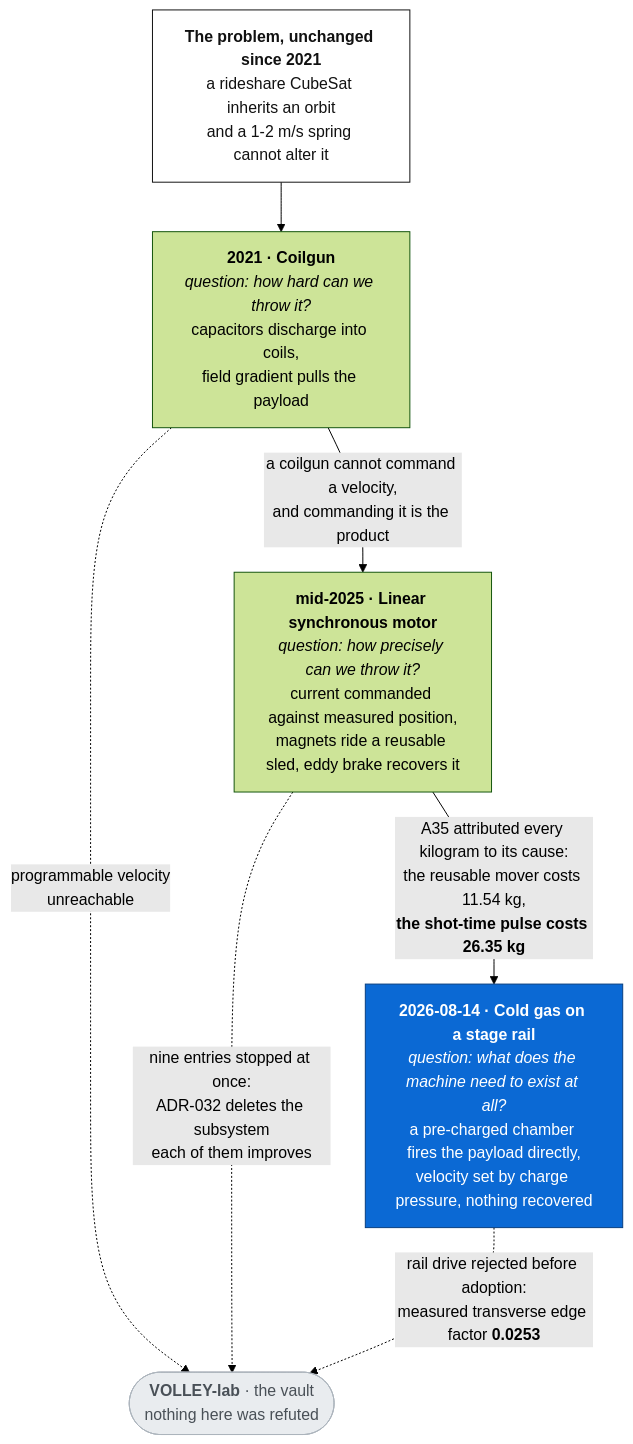
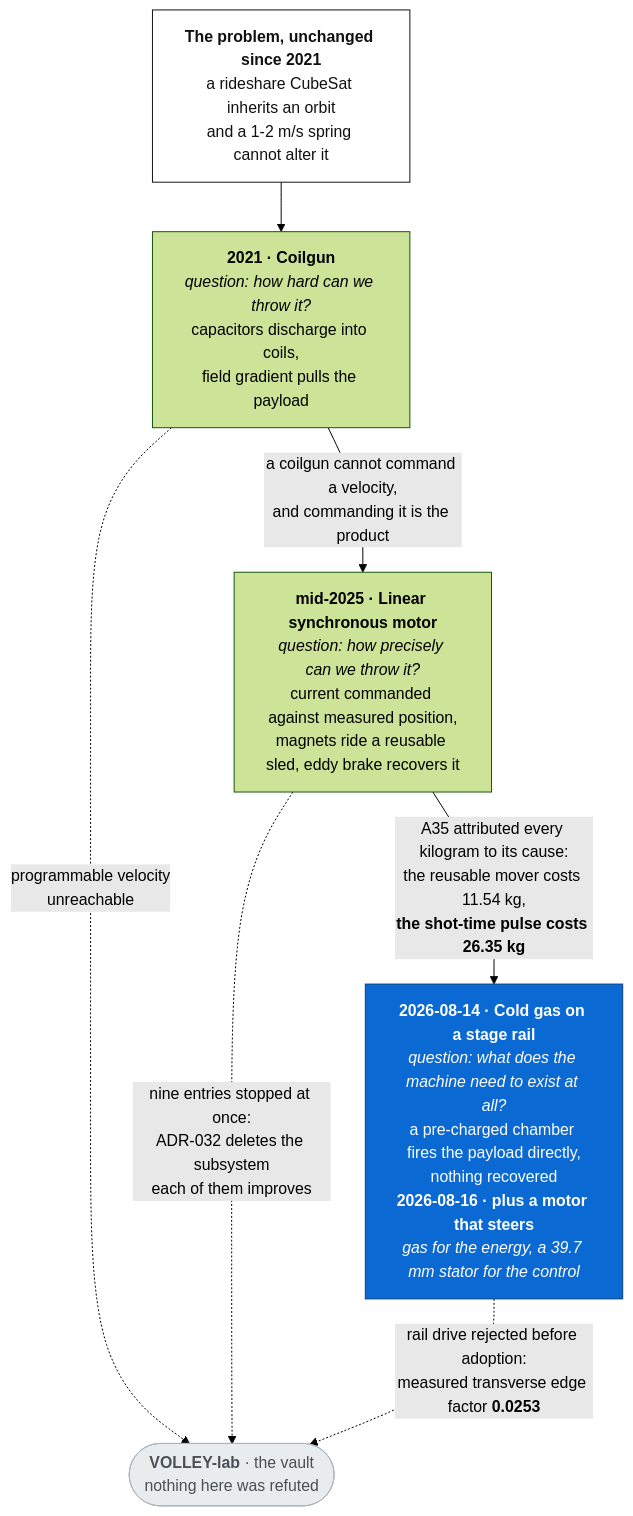
The second of 5 diagrams in README.md (aaaaaaaaaaaavm/VOLLEY), drawn with Mermaid (forest theme) before and after one commit. The commit also changed other lines of this file and 20 other files, not shown here.

First line of the commit message:
ADR-033: Gen6 gains a motor that steers rather than throws

````diff
--- a/README.md
+++ b/README.md
@@ -301,25 +314,25 @@
 ```mermaid
 flowchart TD
     P["<b>The problem, unchanged since 2021</b><br/>a rideshare CubeSat inherits an orbit<br/>and a 1-2 m/s spring cannot alter it"]
 
     A1["<b>2021 · Coilgun</b><br/><i>question: how hard can we throw it?</i><br/>capacitors discharge into coils,<br/>field gradient pulls the payload"]
     A2["<b>mid-2025 · Linear synchronous motor</b><br/><i>question: how precisely can we throw it?</i><br/>current commanded against measured position,<br/>magnets ride a reusable sled, eddy brake recovers it"]
-    A3["<b>2026-08-14 · Cold gas on a stage rail</b><br/><i>question: what does the machine need to exist at all?</i><br/>a pre-charged chamber fires the payload directly,<br/>velocity set by charge pressure, nothing recovered"]
+    A3["<b>2026-08-14 · Cold gas on a stage rail</b><br/><i>question: what does the machine need to exist at all?</i><br/>a pre-charged chamber fires the payload directly,<br/>nothing recovered<br/><b>2026-08-16 · plus a motor that steers</b><br/><i>gas for the energy, a 39.7 mm stator for the control</i>"]
 
     P --> A1
     A1 -->|"a coilgun cannot command a velocity,<br/>and commanding it is the product"| A2
     A2 -->|"A35 attributed every kilogram to its cause:<br/>the reusable mover costs 11.54 kg,<br/><b>the shot-time pulse costs 26.35 kg</b>"| A3
 
     V(["<b>VOLLEY-lab</b> · the vault<br/>nothing here was refuted"])
 
     A1 -.->|"programmable velocity<br/>unreachable"| V
     A2 -.->|"nine entries stopped at once:<br/>ADR-032 deletes the subsystem<br/>each of them improves"| V
     A3 -.->|"rail drive rejected before adoption:<br/>measured transverse edge factor <b>0.0253</b>"| V
 
     classDef live fill:#0b69d4,stroke:#083f80,color:#fff
     classDef dead fill:#e9ecef,stroke:#adb5bd,color:#495057
     classDef prob fill:#fff,stroke:#111,color:#111
     class A3 live
     class V dead
     class P prob
 ```
````
